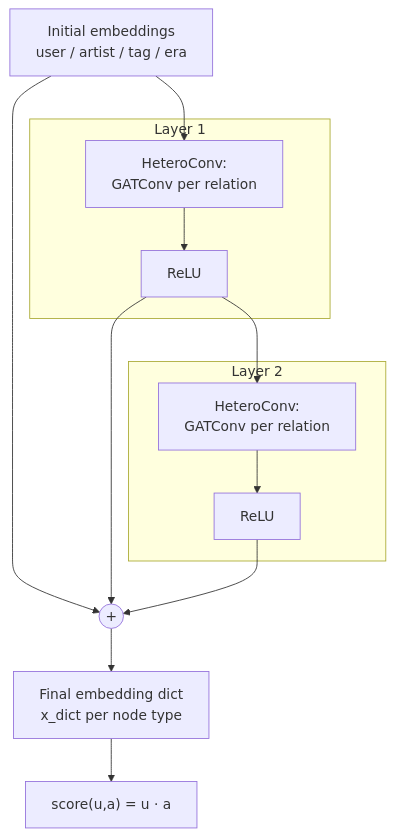
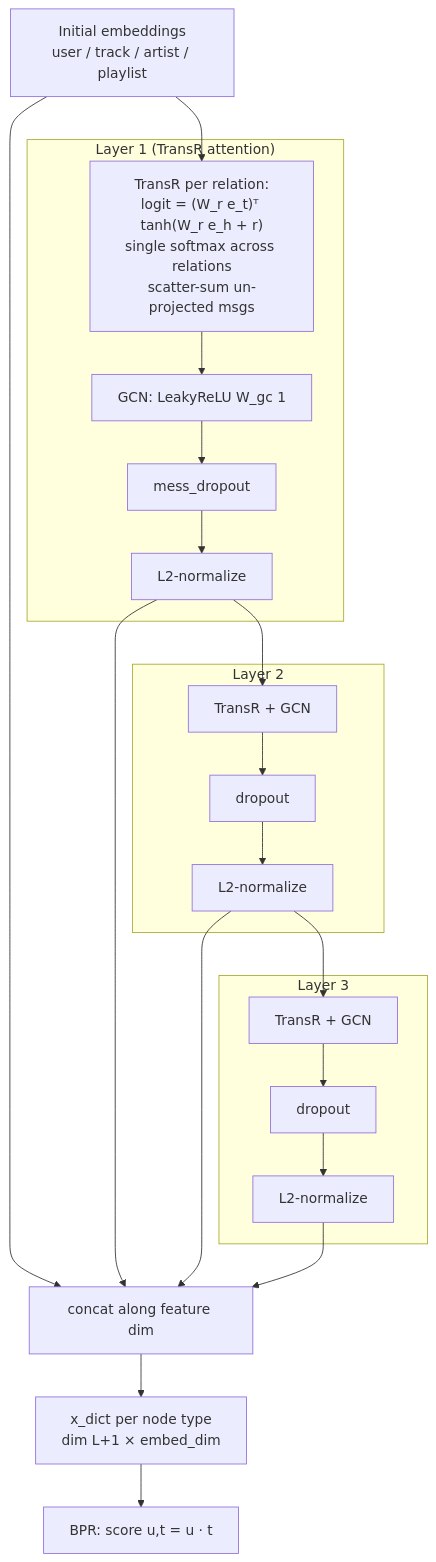
One commit to ogligorov/kgat-music-recommender changed the third of 10 diagrams in docs/architecture.md. Above: the diagram before and after it, drawn with Mermaid. The commit also changed other lines of this file and 10 other files, not shown here.

````diff
--- a/docs/architecture.md
+++ b/docs/architecture.md
@@ -140,21 +153,25 @@
 ```mermaid
 flowchart TD
-    Init[Initial embeddings<br/>user / artist / tag / era] --> L1
-    Init --> Acc((+))
+    Init[Initial embeddings<br/>user / track / artist / playlist] --> L1
+    Init --> Acc[concat along feature dim]
 
-    subgraph "Layer 1"
-      L1["HeteroConv:<br/>GATConv per relation"]
-      L1 --> Relu1[ReLU]
+    subgraph "Layer 1 (TransR attention)"
+      L1["TransR per relation:<br/>logit = (W_r e_t)ᵀ tanh(W_r e_h + r)<br/>single softmax across relations<br/>scatter-sum un-projected msgs"] --> Agg1[GCN: LeakyReLU W_gc 1] --> Drop1[mess_dropout] --> Norm1[L2-normalize]
     end
-    Relu1 --> Acc
-    Relu1 --> L2
+    Norm1 --> Acc
+    Norm1 --> L2
 
     subgraph "Layer 2"
-      L2["HeteroConv:<br/>GATConv per relation"]
-      L2 --> Relu2[ReLU]
+      L2[TransR + GCN] --> Drop2[dropout] --> Norm2[L2-normalize]
     end
-    Relu2 --> Acc
+    Norm2 --> Acc
+    Norm2 --> L3
 
-    Acc --> Out[Final embedding dict<br/>x_dict per node type]
-    Out --> Score["score(u,a) = u · a"]
+    subgraph "Layer 3"
+      L3[TransR + GCN] --> Drop3[dropout] --> Norm3[L2-normalize]
+    end
+    Norm3 --> Acc
+
+    Acc --> Out[x_dict per node type<br/>dim L+1 × embed_dim]
+    Out --> Score["BPR: score u,t = u · t"]
 ```
````
